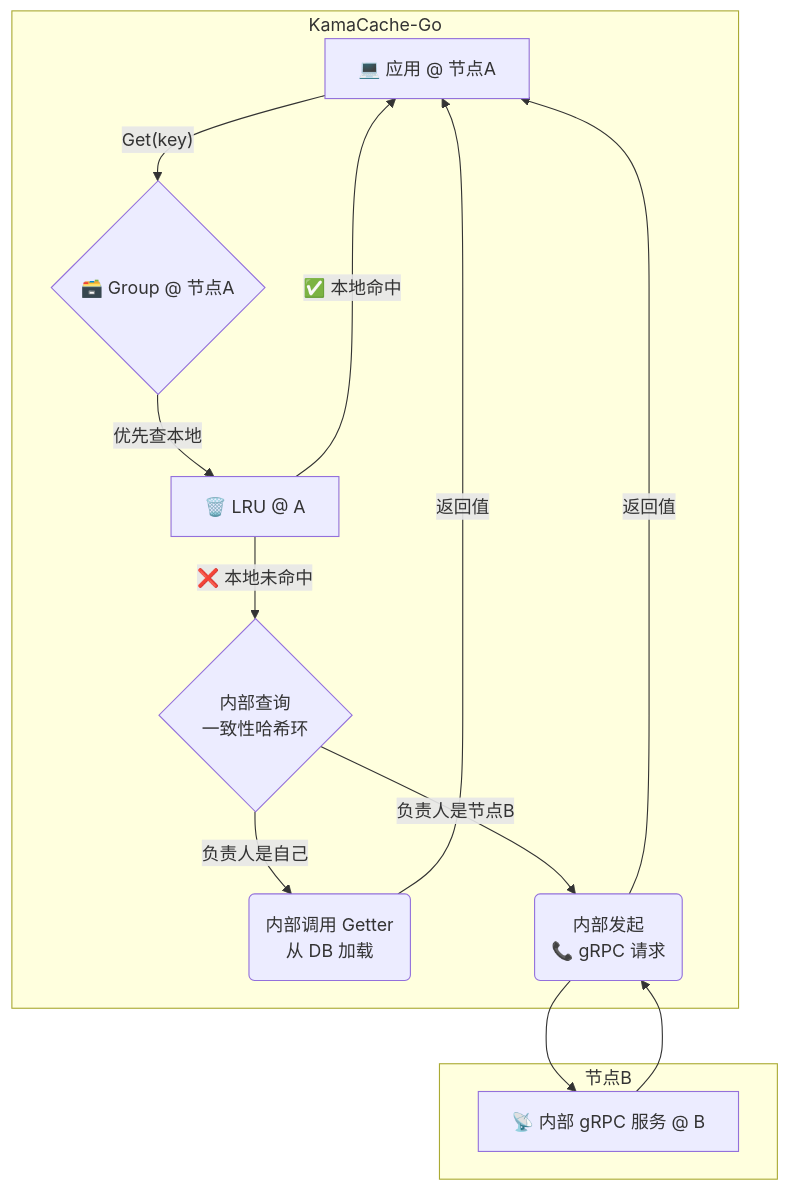
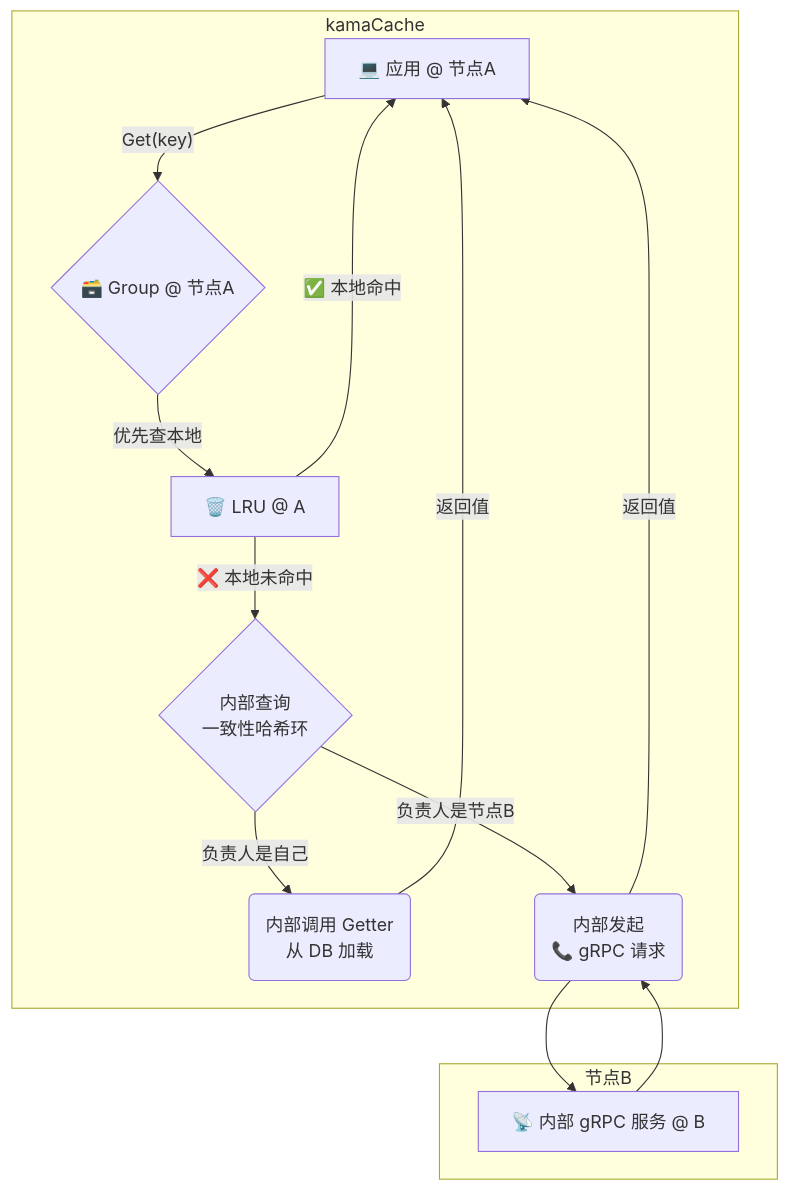
The second of 2 diagrams in README.md (Rson9/kamaCache), drawn with Mermaid before and after one commit. The commit also changed other lines of this file and 12 other files, not shown here.

````diff
--- a/README.md
+++ b/README.md
@@ -61,21 +61,21 @@
 ```mermaid
 graph TD
     Client[💻 应用 @ 节点A] -- Get(key) --> GA{🗃️ Group @ 节点A}
   
-     subgraph "KamaCache-Go"
+     subgraph "kamaCache"
         GA -- 优先查本地 --> CA[🗑️ LRU @ A]
         CA -- ✅ 本地命中 --> Client
         CA -- ❌ 本地未命中 --> Pick{内部查询<br>一致性哈希环}
         Pick -- 负责人是自己 --> Load(内部调用 Getter<br>从 DB 加载)
         Load -- 返回值 --> Client
         Pick -- 负责人是节点B --> gRPCClient(内部发起<br>📞 gRPC 请求)
     end
 
     subgraph 节点B
         gRPCServer[📡 内部 gRPC 服务 @ B]
     end
 
     gRPCClient --> gRPCServer
     gRPCServer --> gRPCClient
     gRPCClient -- 返回值 --> Client
 ```
````
